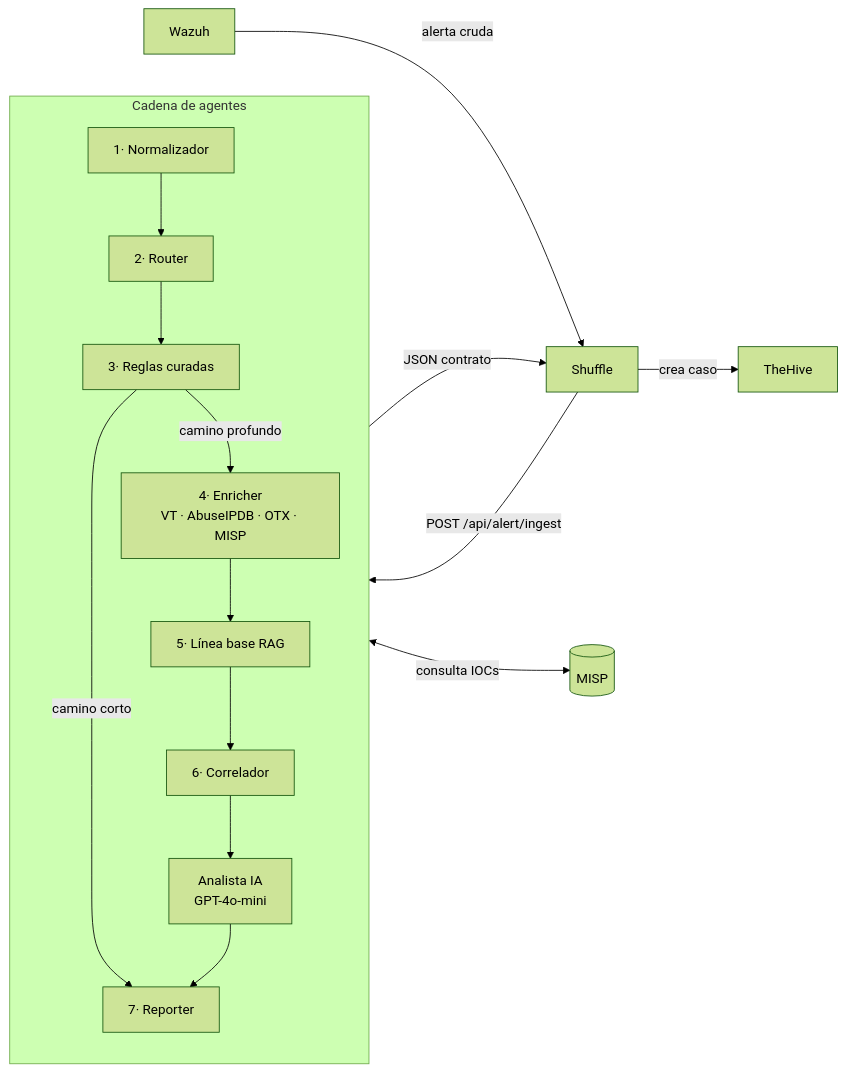
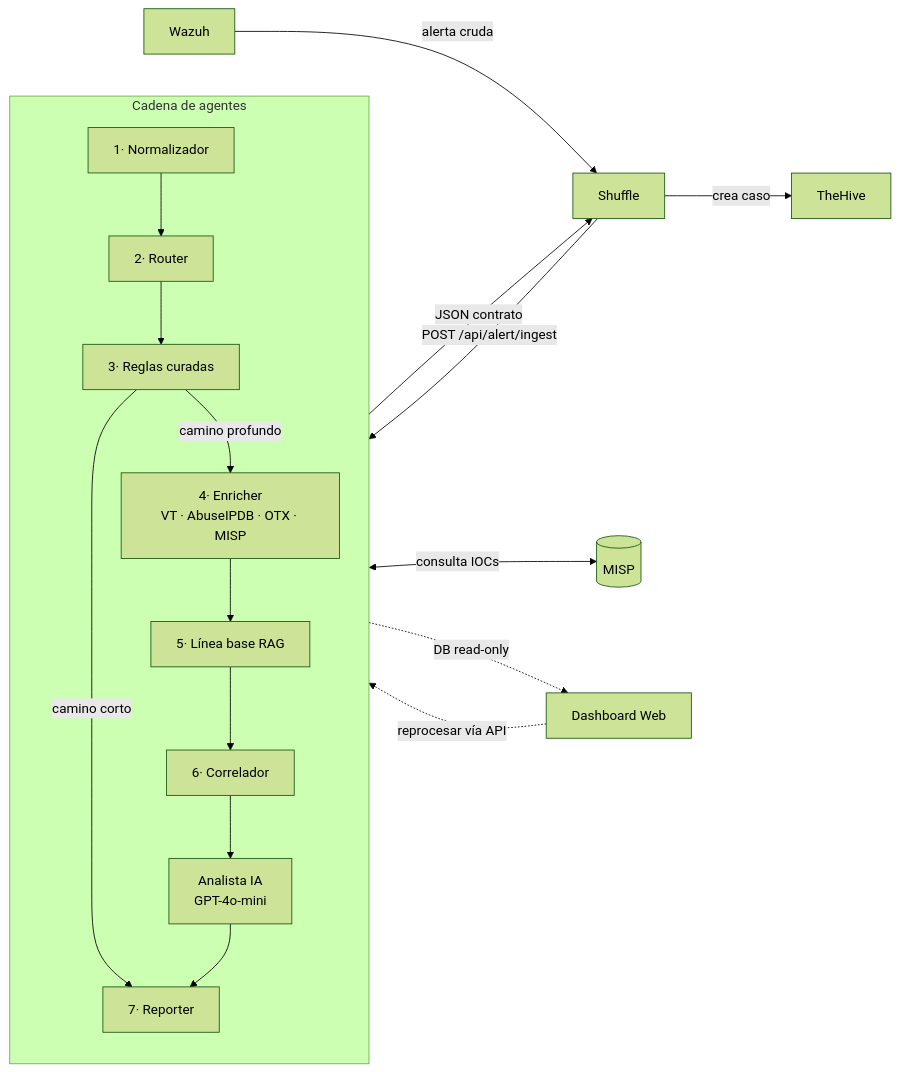
The diagram in README.md (Rodrigo-Vectus/vectus-soc-ai), drawn with Mermaid (forest theme) before and after one commit. The commit also changed other lines of this file and 15 other files, not shown here.

First line of the commit message:
feat(dashboard): panel web de operaciones + unificación del stack

````diff
--- a/README.md
+++ b/README.md
@@ -48,21 +37,23 @@
 ```mermaid
 flowchart LR
     W[Wazuh] -->|alerta cruda| S[Shuffle]
-    S -->|POST /api/alert/ingest| E((Vectus SOC Engine))
+    S -->|POST /api/alert/ingest| E((Motor SOC))
 
     subgraph E [Cadena de agentes]
         direction TB
         N[1· Normalizador] --> R[2· Router]
         R --> RU[3· Reglas curadas]
         RU -->|camino corto| REP[7· Reporter]
         RU -->|camino profundo| EN[4· Enricher<br/>VT · AbuseIPDB · OTX · MISP]
         EN --> BA[5· Línea base RAG]
         BA --> CO[6· Correlador]
         CO --> AN[Analista IA<br/>GPT-4o-mini]
         AN --> REP
     end
 
     E -->|JSON contrato| S
     S -->|crea caso| TH[TheHive]
     EN <-->|consulta IOCs| MISP[(MISP)]
+    E -.->|DB read-only| D[Dashboard Web]
+    D -.->|reprocesar vía API| E
 ```
````
